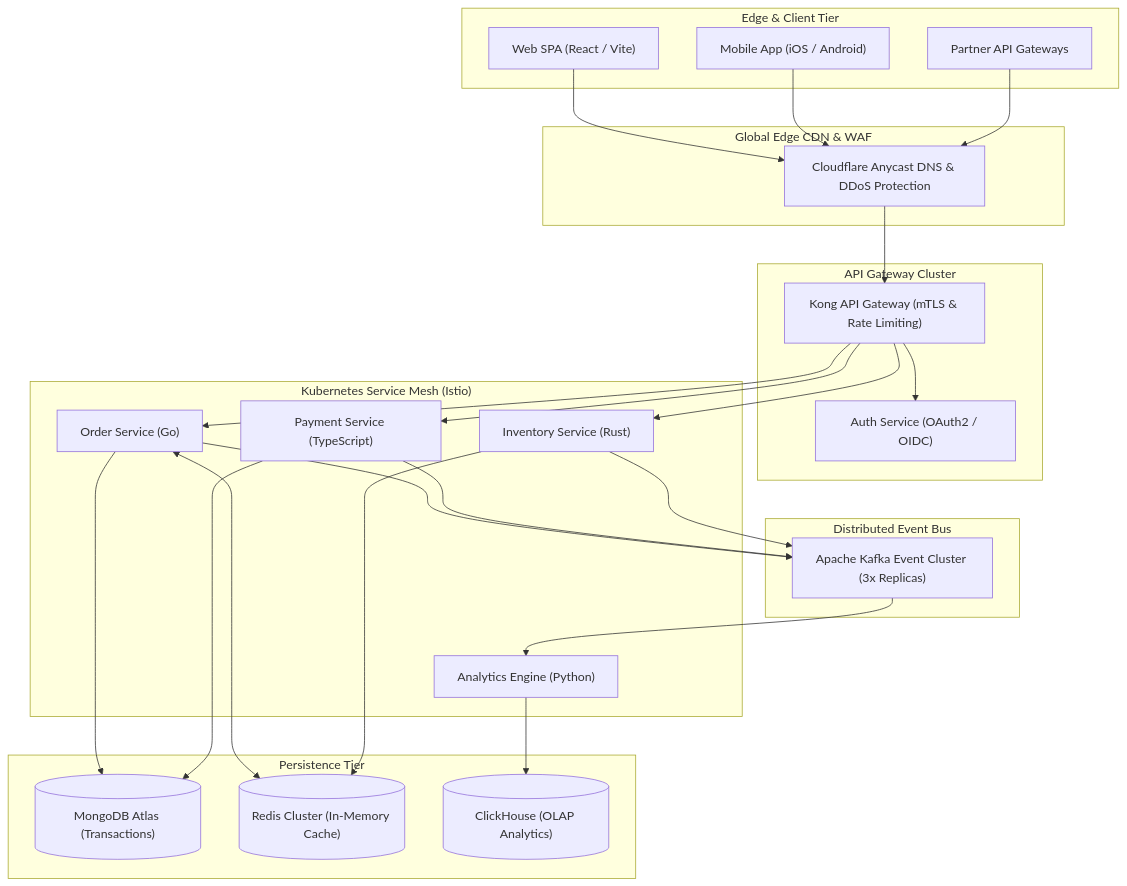
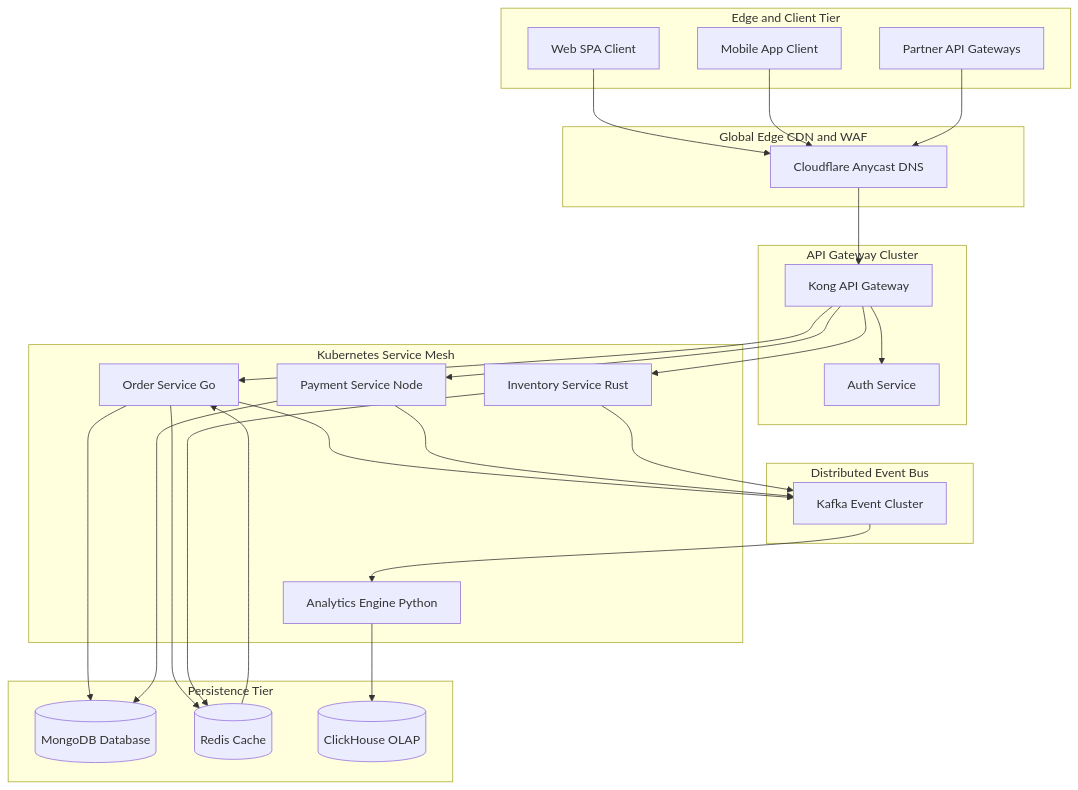
The first of 4 diagrams in public/sample-document.md (taherankhan/md2pdf), drawn with Mermaid before and after one commit. The commit also changed other lines of this file and 1 other file, not shown here.

Commit message:
fix: update sample markdown with clean valid mermaid syntax

````diff
--- a/public/sample-document.md
+++ b/public/sample-document.md
@@ -23,57 +23,58 @@
 ```mermaid
 flowchart TD
-    subgraph Clients["Edge & Client Tier"]
-        Web["Web SPA (React / Vite)"]
-        Mobile["Mobile App (iOS / Android)"]
+    subgraph Clients["Edge and Client Tier"]
+        Web["Web SPA Client"]
+        Mobile["Mobile App Client"]
         Partner["Partner API Gateways"]
     end
 
-    subgraph CDN["Global Edge CDN & WAF"]
-        Cloudflare["Cloudflare Anycast DNS & DDoS Protection"]
+    subgraph CDN["Global Edge CDN and WAF"]
+        Cloudflare["Cloudflare Anycast DNS"]
     end
 
     subgraph GatewayTier["API Gateway Cluster"]
-        Kong["Kong API Gateway (mTLS & Rate Limiting)"]
-        AuthSvc["Auth Service (OAuth2 / OIDC)"]
+        Kong["Kong API Gateway"]
+        AuthSvc["Auth Service"]
     end
 
-    subgraph ServiceMesh["Kubernetes Service Mesh (Istio)"]
-        OrderSvc["Order Service (Go)"]
-        InventorySvc["Inventory Service (Rust)"]
-        PaymentSvc["Payment Service (TypeScript)"]
-        AnalyticsSvc["Analytics Engine (Python)"]
+    subgraph ServiceMesh["Kubernetes Service Mesh"]
+        OrderSvc["Order Service Go"]
+        InventorySvc["Inventory Service Rust"]
+        PaymentSvc["Payment Service Node"]
+        AnalyticsSvc["Analytics Engine Python"]
     end
 
     subgraph EventStream["Distributed Event Bus"]
-        Kafka["Apache Kafka Event Cluster (3x Replicas)"]
+        Kafka["Kafka Event Cluster"]
     end
 
     subgraph StorageTier["Persistence Tier"]
-        MongoDB[("MongoDB Atlas (Transactions)")]
-        Redis[("Redis Cluster (In-Memory Cache)")]
-        ClickHouse[("ClickHouse (OLAP Analytics)")]
+        MongoDB[("MongoDB Database")]
+        Redis[("Redis Cache")]
+        ClickHouse[("ClickHouse OLAP")]
     end
 
     Web --> Cloudflare
     Mobile --> Cloudflare
     Partner --> Cloudflare
 
     Cloudflare --> Kong
     Kong --> AuthSvc
     Kong --> OrderSvc
     Kong --> InventorySvc
     Kong --> PaymentSvc
 
-    OrderSvc <--> Redis
+    OrderSvc --> Redis
+    Redis --> OrderSvc
     OrderSvc --> MongoDB
     OrderSvc --> Kafka
 
     PaymentSvc --> MongoDB
     PaymentSvc --> Kafka
 
     InventorySvc --> Redis
     InventorySvc --> Kafka
 
     Kafka --> AnalyticsSvc
     AnalyticsSvc --> ClickHouse
 ```
````
